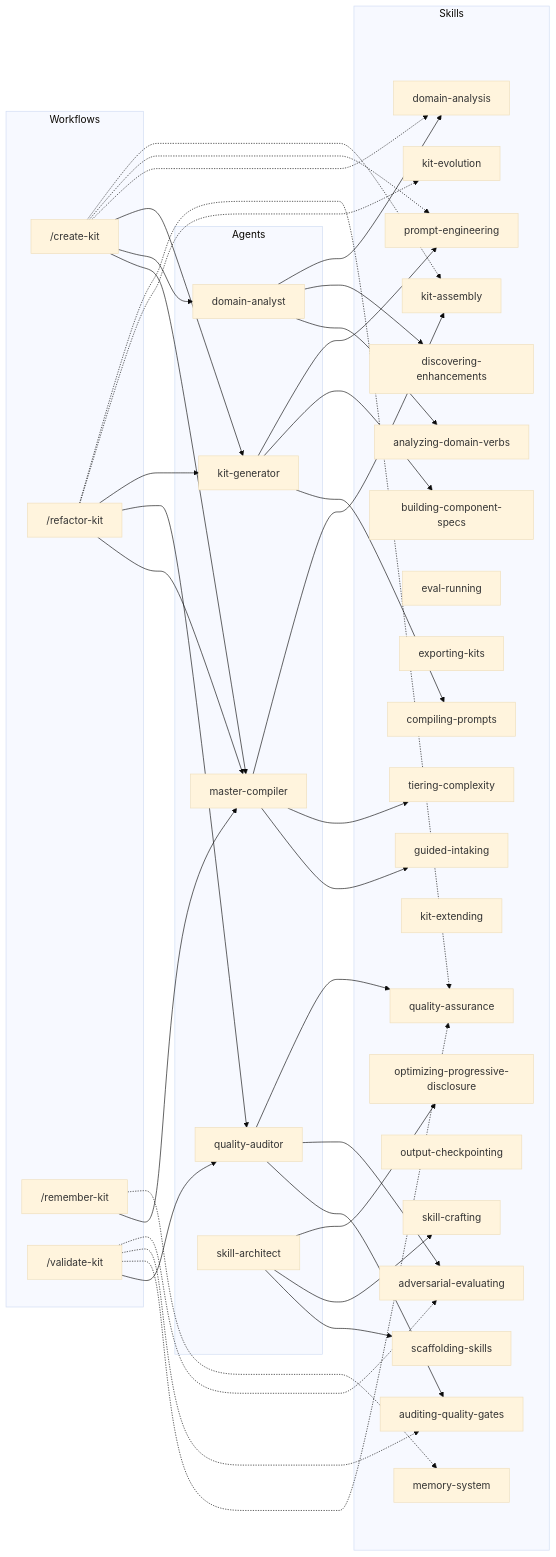
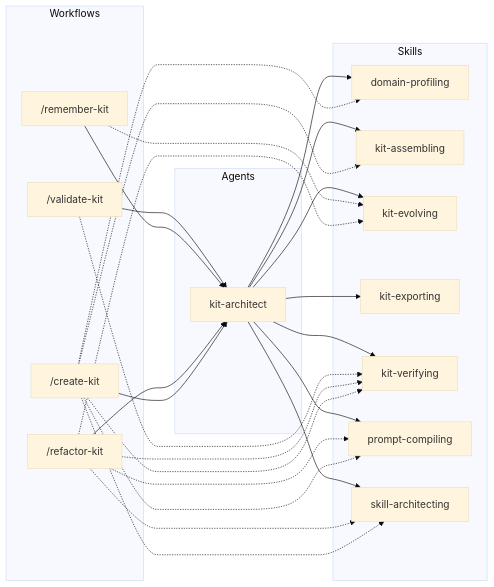
Before and after one commit to thelightinker/Agent-Kit-Builder: the diagram in .agents/DEPENDENCY_GRAPH.md, drawn with Mermaid (base theme). The commit also changed other lines of this file and 16 other files, not shown here.

Commit message:
refactor(docs): update workflows, registry, and documentation for v2 architecture

````diff
--- a/.agents/DEPENDENCY_GRAPH.md
+++ b/.agents/DEPENDENCY_GRAPH.md
@@ -7,71 +7,43 @@
 ```mermaid
 flowchart LR
   subgraph Workflows
     W_create_kit["/create-kit"]
     W_refactor_kit["/refactor-kit"]
     W_remember_kit["/remember-kit"]
     W_validate_kit["/validate-kit"]
   end
   subgraph Agents
-    A_domain_analyst["domain-analyst"]
-    A_kit_generator["kit-generator"]
-    A_master_compiler["master-compiler"]
-    A_quality_auditor["quality-auditor"]
-    A_skill_architect["skill-architect"]
+    A_kit_architect["kit-architect"]
   end
   subgraph Skills
-    S_adversarial_evaluating["adversarial-evaluating"]
-    S_analyzing_domain_verbs["analyzing-domain-verbs"]
-    S_auditing_quality_gates["auditing-quality-gates"]
-    S_building_component_specs["building-component-specs"]
-    S_compiling_prompts["compiling-prompts"]
-    S_discovering_enhancements["discovering-enhancements"]
-    S_domain_analysis["domain-analysis"]
-    S_eval_running["eval-running"]
-    S_exporting_kits["exporting-kits"]
-    S_guided_intaking["guided-intaking"]
-    S_kit_assembly["kit-assembly"]
-    S_kit_evolution["kit-evolution"]
-    S_kit_extending["kit-extending"]
-    S_memory_system["memory-system"]
-    S_optimizing_progressive_disclosure["optimizing-progressive-disclosure"]
-    S_output_checkpointing["output-checkpointing"]
-    S_prompt_engineering["prompt-engineering"]
-    S_quality_assurance["quality-assurance"]
-    S_scaffolding_skills["scaffolding-skills"]
-    S_skill_crafting["skill-crafting"]
-    S_tiering_complexity["tiering-complexity"]
+    S_domain_profiling["domain-profiling"]
+    S_kit_assembling["kit-assembling"]
+    S_kit_evolving["kit-evolving"]
+    S_kit_exporting["kit-exporting"]
+    S_kit_verifying["kit-verifying"]
+    S_prompt_compiling["prompt-compiling"]
+    S_skill_architecting["skill-architecting"]
   end
-  W_create_kit --> A_master_compiler
-  W_create_kit --> A_domain_analyst
-  W_create_kit --> A_kit_generator
-  W_create_kit -.-> S_domain_analysis
-  W_create_kit -.-> S_prompt_engineering
-  W_create_kit -.-> S_kit_assembly
-  W_refactor_kit --> A_master_compiler
-  W_refactor_kit --> A_quality_auditor
-  W_refactor_kit --> A_kit_generator
-  W_refactor_kit -.-> S_kit_evolution
-  W_refactor_kit -.-> S_quality_assurance
-  W_remember_kit --> A_master_compiler
-  W_remember_kit -.-> S_memory_system
-  W_validate_kit --> A_quality_auditor
-  W_validate_kit -.-> S_quality_assurance
-  W_validate_kit -.-> S_auditing_quality_gates
-  W_validate_kit -.-> S_adversarial_evaluating
-  A_domain_analyst --> S_analyzing_domain_verbs
-  A_domain_analyst --> S_discovering_enhancements
-  A_domain_analyst --> S_domain_analysis
-  A_kit_generator --> S_compiling_prompts
-  A_kit_generator --> S_building_component_specs
-  A_kit_generator --> S_prompt_engineering
-  A_master_compiler --> S_guided_intaking
-  A_master_compiler --> S_tiering_complexity
-  A_master_compiler --> S_kit_assembly
-  A_quality_auditor --> S_auditing_quality_gates
-  A_quality_auditor --> S_adversarial_evaluating
-  A_quality_auditor --> S_quality_assurance
-  A_skill_architect --> S_scaffolding_skills
-  A_skill_architect --> S_skill_crafting
-  A_skill_architect --> S_optimizing_progressive_disclosure
+  W_create_kit --> A_kit_architect
+  W_create_kit -.-> S_domain_profiling
+  W_create_kit -.-> S_prompt_compiling
+  W_create_kit -.-> S_skill_architecting
+  W_create_kit -.-> S_kit_assembling
+  W_create_kit -.-> S_kit_verifying
+  W_refactor_kit --> A_kit_architect
+  W_refactor_kit -.-> S_kit_evolving
+  W_refactor_kit -.-> S_kit_verifying
+  W_refactor_kit -.-> S_prompt_compiling
+  W_refactor_kit -.-> S_skill_architecting
+  W_remember_kit --> A_kit_architect
+  W_remember_kit -.-> S_kit_evolving
+  W_validate_kit --> A_kit_architect
+  W_validate_kit -.-> S_kit_verifying
+  A_kit_architect --> S_domain_profiling
+  A_kit_architect --> S_prompt_compiling
+  A_kit_architect --> S_skill_architecting
+  A_kit_architect --> S_kit_assembling
+  A_kit_architect --> S_kit_verifying
+  A_kit_architect --> S_kit_exporting
+  A_kit_architect --> S_kit_evolving
 ```
````
